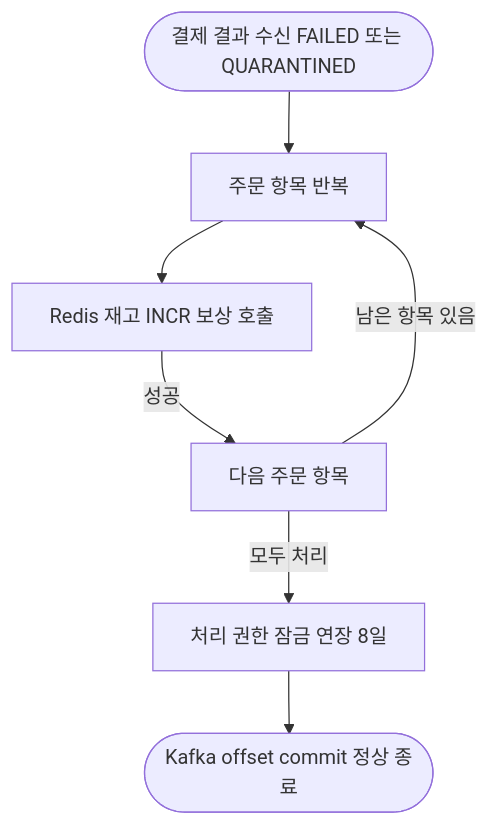
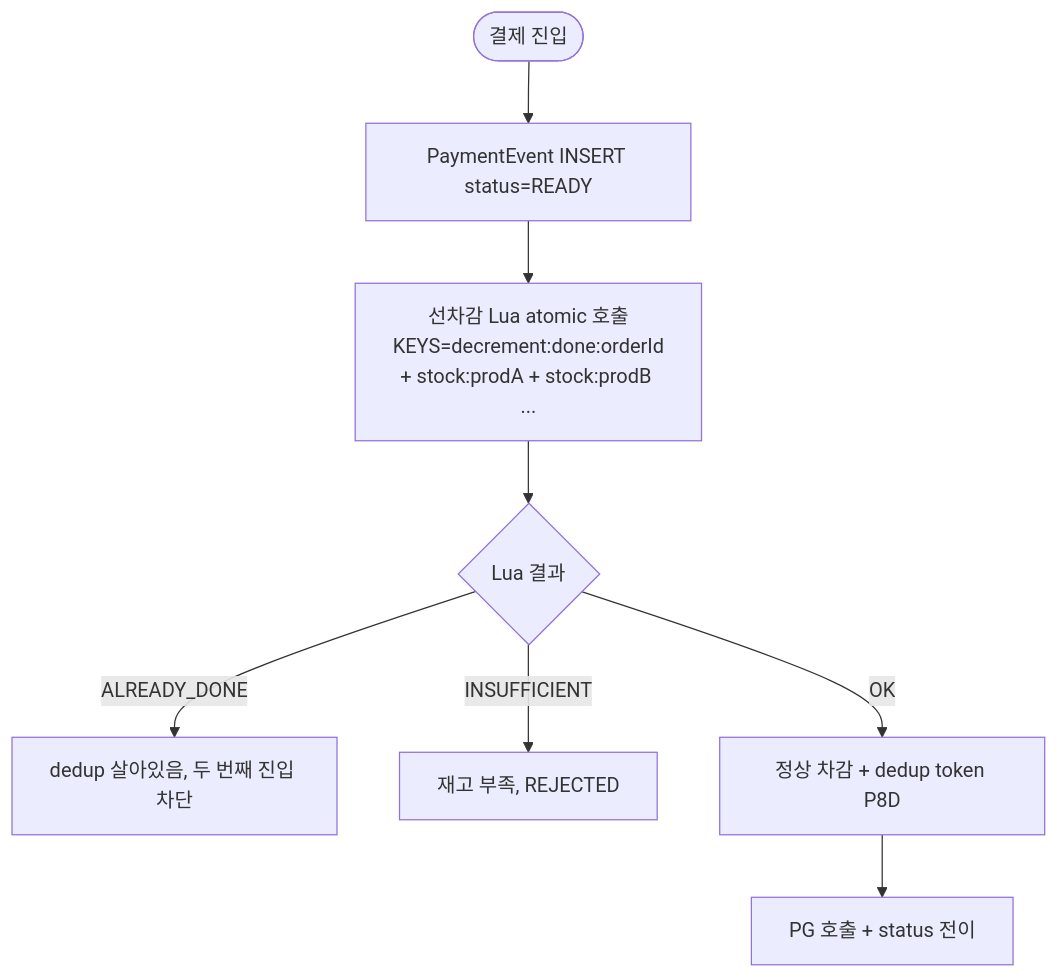
Before and after one commit to hyoguoo/payment-platform: the fourth of 5 diagrams in docs/topics/STOCK-COMPENSATION-RECOVERY.md, drawn with Mermaid. The commit also changed other lines of this file and 1 other file, not shown here.

Commit message:
docs(stock-compensation-recovery): Round 7 — Candidate D 폐기, Lua atomic + Kafka native + dedupe lease 제거 채택

````diff
--- a/docs/topics/STOCK-COMPENSATION-RECOVERY.md
+++ b/docs/topics/STOCK-COMPENSATION-RECOVERY.md
@@ -166,9 +158,10 @@
 ```mermaid
 flowchart TD
-    A([결제 결과 수신 FAILED 또는 QUARANTINED]) --> B[주문 항목 반복]
-    B --> C[Redis 재고 INCR 보상 호출]
-    C -->|성공| D[다음 주문 항목]
-    D -->|남은 항목 있음| B
-    D -->|모두 처리| E[처리 권한 잠금 연장 8일]
-    E --> F([Kafka offset commit 정상 종료])
+    A([결제 진입]) --> B[PaymentEvent INSERT status=READY]
+    B --> C[선차감 Lua atomic 호출<br/>KEYS=decrement:done:orderId<br/>+ stock:prodA + stock:prodB ...]
+    C --> D{Lua 결과}
+    D -->|ALREADY_DONE| E["dedup 살아있음, 두 번째 진입 차단"]
+    D -->|INSUFFICIENT| F["재고 부족, REJECTED"]
+    D -->|OK| G[정상 차감 + dedup token P8D]
+    G --> H[PG 호출 + status 전이]
 ```
````
